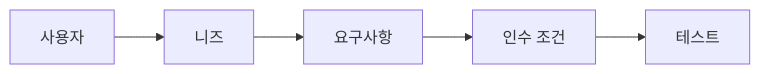
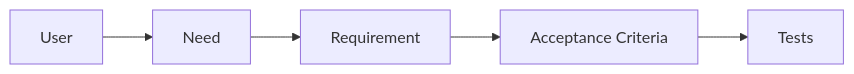
One commit to yeongseon-books/book-content changed the diagram in content/software-engineering-101/ko/02-understanding-requirements.md. Above: the diagram before and after it, drawn with Mermaid. The commit also changed other lines of this file and 9 other files, not shown here.

````diff
--- a/content/software-engineering-101/ko/02-understanding-requirements.md
+++ b/content/software-engineering-101/ko/02-understanding-requirements.md
@@ -36,7 +50,7 @@
 ```mermaid
 flowchart LR
-    U["사용자"] --> N["니즈"]
-    N --> R["요구사항"]
-    R --> A["인수 조건"]
-    A --> T["테스트"]
+    U["User"] --> N["Need"]
+    N --> R["Requirement"]
+    R --> A["Acceptance Criteria"]
+    A --> T["Tests"]
 ```
````
